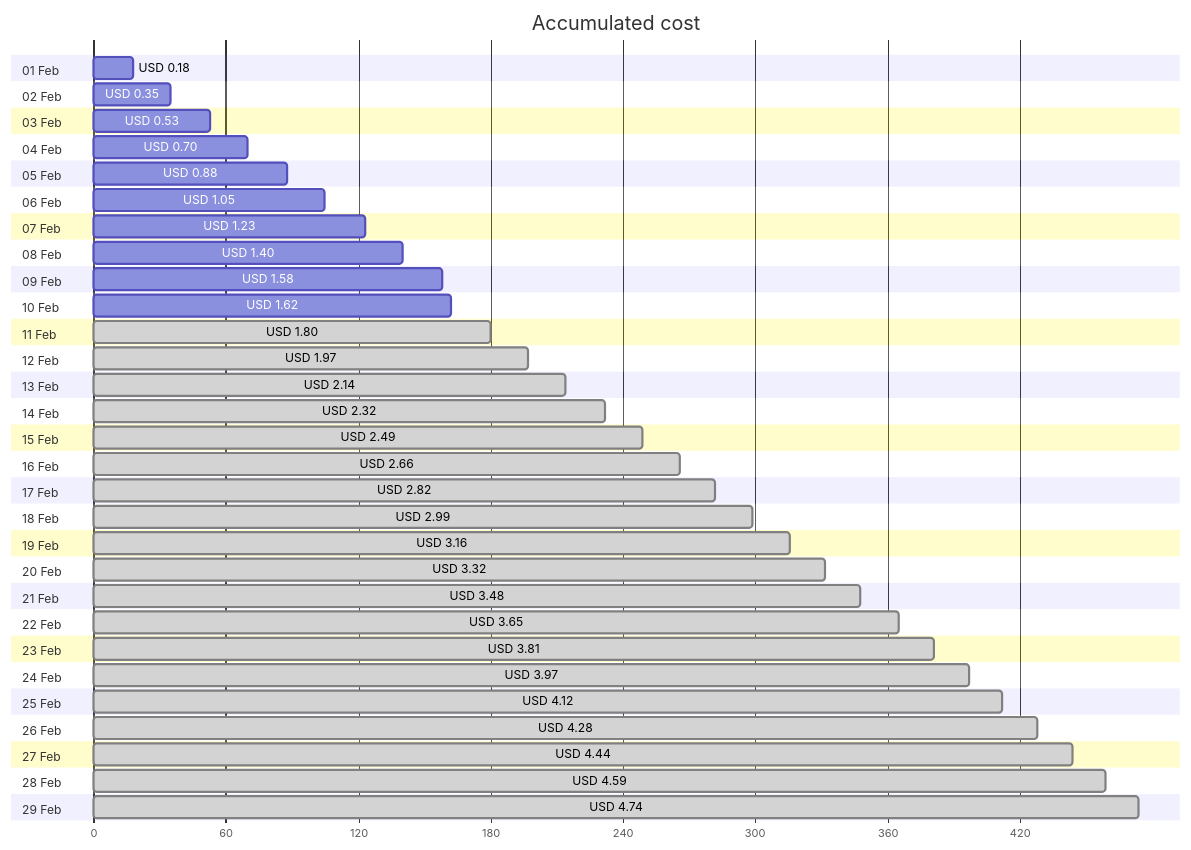
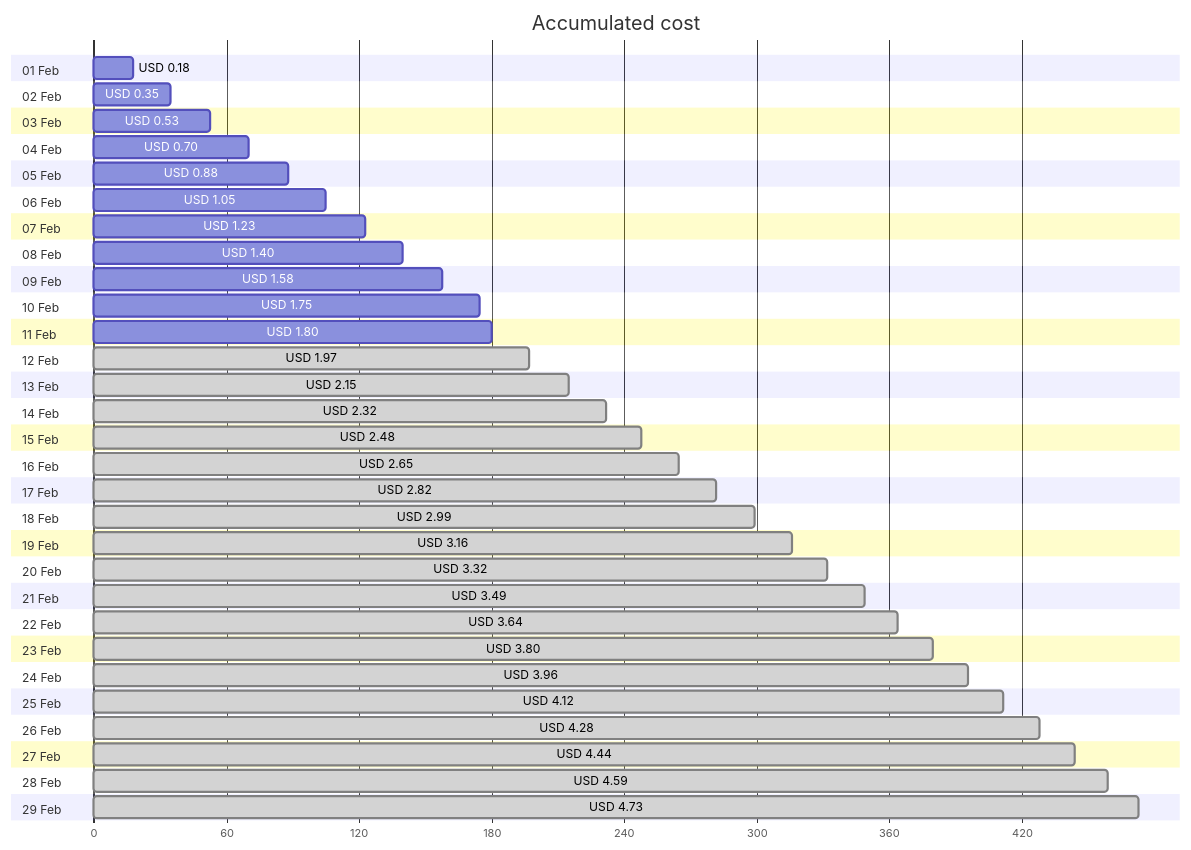
The first of 4 diagrams in cost-reports/personal-network/backup-server.md (jpfulton/azure-personal-reports), drawn with Mermaid before and after one commit. The commit also changed other lines of this file and 8 other files, not shown here.

````diff
--- a/cost-reports/personal-network/backup-server.md
+++ b/cost-reports/personal-network/backup-server.md
@@ -20,64 +20,64 @@
 ```mermaid
 gantt
    title Accumulated cost
    dateFormat  X
    axisFormat %s
    section 01 Feb
    USD 0.18 :0, 18
    section 02 Feb
    USD 0.35 :0, 35
    section 03 Feb
    USD 0.53 :0, 53
    section 04 Feb
    USD 0.70 :0, 70
    section 05 Feb
    USD 0.88 :0, 88
    section 06 Feb
    USD 1.05 :0, 105
    section 07 Feb
    USD 1.23 :0, 123
    section 08 Feb
    USD 1.40 :0, 140
    section 09 Feb
    USD 1.58 :0, 158
    section 10 Feb
-   USD 1.62 :0, 162
+   USD 1.75 :0, 175
    section 11 Feb
-   USD 1.80 : done, 0, 180
+   USD 1.80 :0, 180
    section 12 Feb
    USD 1.97 : done, 0, 197
    section 13 Feb
-   USD 2.14 : done, 0, 214
+   USD 2.15 : done, 0, 215
    section 14 Feb
    USD 2.32 : done, 0, 232
    section 15 Feb
-   USD 2.49 : done, 0, 249
+   USD 2.48 : done, 0, 248
    section 16 Feb
-   USD 2.66 : done, 0, 266
+   USD 2.65 : done, 0, 265
    section 17 Feb
    USD 2.82 : done, 0, 282
    section 18 Feb
    USD 2.99 : done, 0, 299
    section 19 Feb
    USD 3.16 : done, 0, 316
    section 20 Feb
    USD 3.32 : done, 0, 332
    section 21 Feb
-   USD 3.48 : done, 0, 348
+   USD 3.49 : done, 0, 349
    section 22 Feb
-   USD 3.65 : done, 0, 365
+   USD 3.64 : done, 0, 364
    section 23 Feb
-   USD 3.81 : done, 0, 381
+   USD 3.80 : done, 0, 380
    section 24 Feb
-   USD 3.97 : done, 0, 397
+   USD 3.96 : done, 0, 396
    section 25 Feb
    USD 4.12 : done, 0, 412
    section 26 Feb
    USD 4.28 : done, 0, 428
    section 27 Feb
    USD 4.44 : done, 0, 444
    section 28 Feb
    USD 4.59 : done, 0, 459
    section 29 Feb
-   USD 4.74 : done, 0, 474
+   USD 4.73 : done, 0, 473
 ```
````
